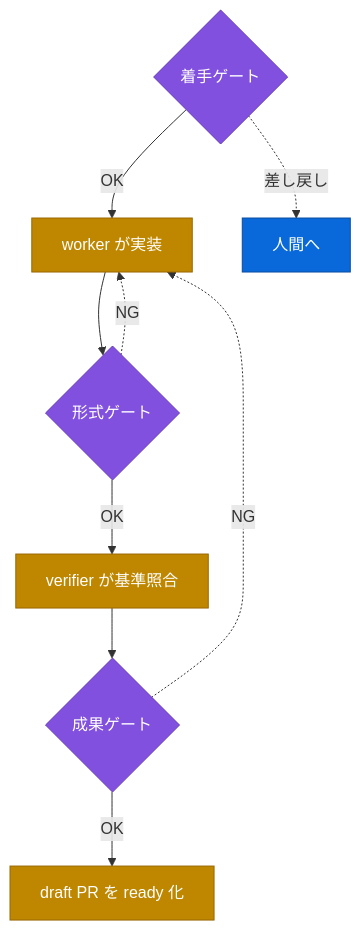
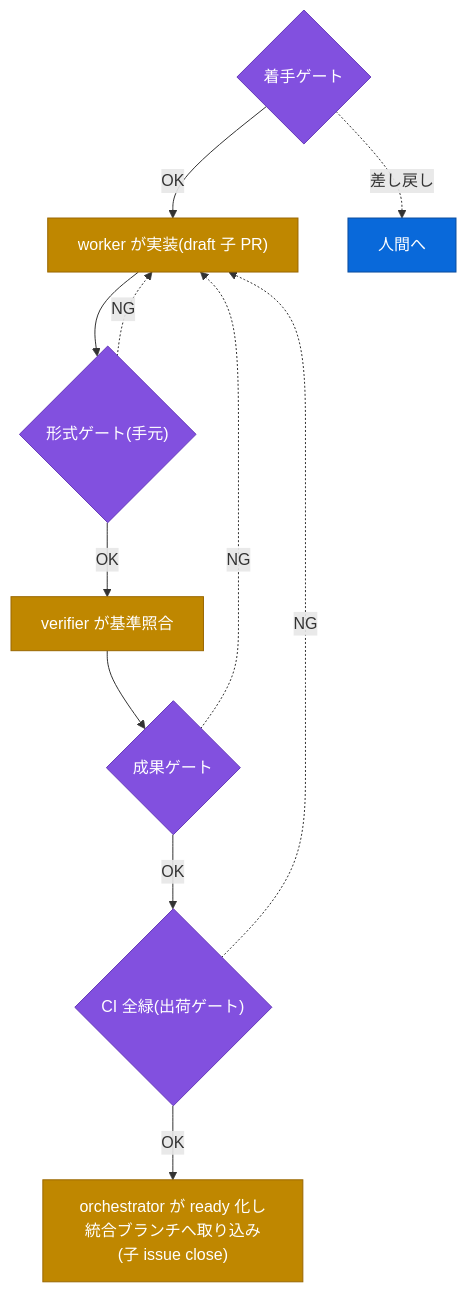
The second of 3 diagrams in README.md (reonyanarticle/tasuki), drawn with Mermaid before and after one commit. The commit also changed other lines of this file and 10 other files, not shown here.

Commit message:
docs: 反映漏れ監査の所見を全反映(OPERATIONS 3c 自動化、loop-status の WIP と loop:review、README の図3枚、ROADMAP 履歴、GATES と CONTRACTS と FAQ と INTEGRATION の追随)

````diff
--- a/README.md
+++ b/README.md
@@ -83,17 +85,19 @@
 ```mermaid
 flowchart TD
     accTitle: 子 issue 1件がゲートを通る流れ
-    accDescr: 着手ゲートを通ると worker が実装し、形式ゲートと verifier の基準照合を経て成果ゲートに至り、子 PR が統合ブランチへ取り込まれる。形式ゲートと成果ゲートの差し戻しは worker に戻り、着手ゲートの差し戻しは人間に戻る。
+    accDescr: 着手ゲートを通ると worker が実装し、形式ゲートと verifier の基準照合、成果ゲート、CI の全緑を経て、orchestrator が子 PR を ready 化して統合ブランチへ取り込む。形式、成果、CI の差し戻しは worker に戻る。
     classDef human fill:#0969da,stroke:#0a4c9e,color:#fff
     classDef gate fill:#8250df,stroke:#6639ba,color:#fff
     classDef work fill:#bf8700,stroke:#9a6700,color:#fff
 
-    start{"着手ゲート"}:::gate -->|OK| W["worker が実装"]:::work
-    W --> checks{"形式ゲート"}:::gate
+    start{"着手ゲート"}:::gate -->|OK| W["worker が実装(draft 子 PR)"]:::work
+    W --> checks{"形式ゲート(手元)"}:::gate
     checks -->|OK| V["verifier が基準照合"]:::work
     V --> outcome{"成果ゲート"}:::gate
-    outcome -->|OK| R["draft PR を ready 化"]:::work
+    outcome -->|OK| CI{"CI 全緑(出荷ゲート)"}:::gate
+    CI -->|OK| R["orchestrator が ready 化し<br/>統合ブランチへ取り込み(子 issue close)"]:::work
     checks -.->|NG| W
     outcome -.->|NG| W
+    CI -.->|NG| W
     start -.->|差し戻し| T["人間へ"]:::human
 ```
````
